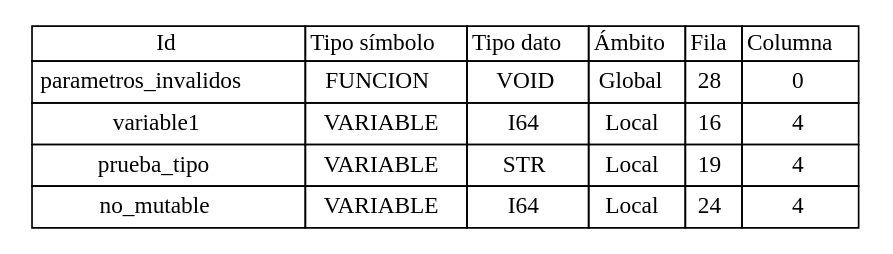
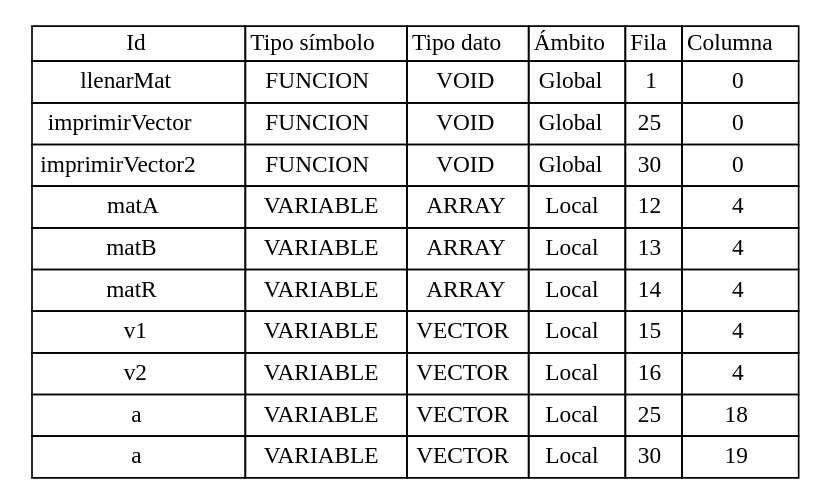
Before and after one commit to Jodyannre/COMPI2_proyecto2_2022: the diagram in Back/Web/tablas/tablaSimbolos.dot, drawn with Graphviz. The commit also changed 45 other files, not shown here.

```diff
--- a/Back/Web/tablas/tablaSimbolos.dot
+++ b/Back/Web/tablas/tablaSimbolos.dot
@@ -1,90 +1,198 @@
 
 	digraph {
 		tablaSimbolos [
 		  shape=plaintext
 		  label=<
 			<table border='0' cellborder='1' color='black' cellspacing='0'>
 			  <tr>
 				  <td>Id</td>
 				  <td>Tipo símbolo</td>
 				  <td>Tipo dato</td>
 				  <td>Ámbito</td>
 				  <td>Fila</td>
 				  <td>Columna</td>
 			  </tr>
 	
 <tr>
 <td cellpadding='4'>
-parametros_invalidos
+llenarMat
 </td>
 <td cellpadding='4'>FUNCION
 </td>
 <td cellpadding='4'>VOID
 </td>
 <td cellpadding='4'>Global
 </td>
 <td cellpadding='4'>
-28
+1
 </td>
 <td cellpadding='4'>
 0
 </td>
 </tr>
 
 <tr>
 <td cellpadding='4'>
-variable1
+imprimirVector
+</td>
+<td cellpadding='4'>FUNCION
+</td>
+<td cellpadding='4'>VOID
+</td>
+<td cellpadding='4'>Global
+</td>
+<td cellpadding='4'>
+25
+</td>
+<td cellpadding='4'>
+0
+</td>
+</tr>
+
+<tr>
+<td cellpadding='4'>
+imprimirVector2
+</td>
+<td cellpadding='4'>FUNCION
+</td>
+<td cellpadding='4'>VOID
+</td>
+<td cellpadding='4'>Global
+</td>
+<td cellpadding='4'>
+30
+</td>
+<td cellpadding='4'>
+0
+</td>
+</tr>
+
+<tr>
+<td cellpadding='4'>
+matA
 </td>
 <td cellpadding='4'>VARIABLE
 </td>
-<td cellpadding='4'>I64
+<td cellpadding='4'>ARRAY
+</td>
+<td cellpadding='4'>Local
+</td>
+<td cellpadding='4'>
+12
+</td>
+<td cellpadding='4'>
+4
+</td>
+</tr>
+
+<tr>
+<td cellpadding='4'>
+matB
+</td>
+<td cellpadding='4'>VARIABLE
+</td>
+<td cellpadding='4'>ARRAY
+</td>
+<td cellpadding='4'>Local
+</td>
+<td cellpadding='4'>
+13
+</td>
+<td cellpadding='4'>
+4
+</td>
+</tr>
+
+<tr>
+<td cellpadding='4'>
+matR
+</td>
+<td cellpadding='4'>VARIABLE
+</td>
+<td cellpadding='4'>ARRAY
+</td>
+<td cellpadding='4'>Local
+</td>
+<td cellpadding='4'>
+14
+</td>
+<td cellpadding='4'>
+4
+</td>
+</tr>
+
+<tr>
+<td cellpadding='4'>
+v1
+</td>
+<td cellpadding='4'>VARIABLE
+</td>
+<td cellpadding='4'>VECTOR
+</td>
+<td cellpadding='4'>Local
+</td>
+<td cellpadding='4'>
+15
+</td>
+<td cellpadding='4'>
+4
+</td>
+</tr>
+
+<tr>
+<td cellpadding='4'>
+v2
+</td>
+<td cellpadding='4'>VARIABLE
+</td>
+<td cellpadding='4'>VECTOR
 </td>
 <td cellpadding='4'>Local
 </td>
 <td cellpadding='4'>
 16
 </td>
 <td cellpadding='4'>
 4
 </td>
 </tr>
 
 <tr>
 <td cellpadding='4'>
-prueba_tipo
+a
 </td>
 <td cellpadding='4'>VARIABLE
 </td>
-<td cellpadding='4'>STR
+<td cellpadding='4'>VECTOR
 </td>
 <td cellpadding='4'>Local
 </td>
 <td cellpadding='4'>
-19
+25
 </td>
 <td cellpadding='4'>
-4
+18
 </td>
 </tr>
 
 <tr>
 <td cellpadding='4'>
-no_mutable
+a
 </td>
 <td cellpadding='4'>VARIABLE
 </td>
-<td cellpadding='4'>I64
+<td cellpadding='4'>VECTOR
 </td>
 <td cellpadding='4'>Local
 </td>
 <td cellpadding='4'>
-24
+30
 </td>
 <td cellpadding='4'>
-4
+19
 </td>
 </tr>
 
 		</table>
 		>];
 	}
```
